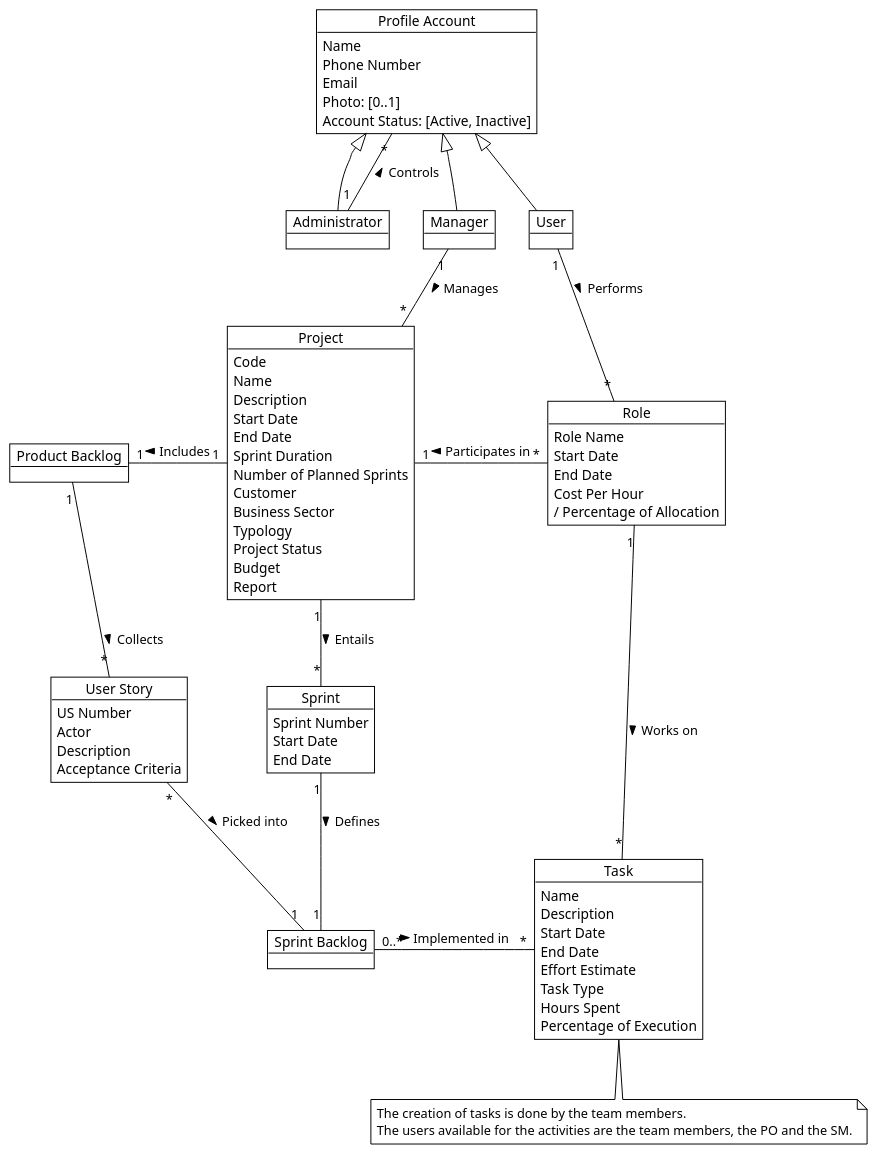
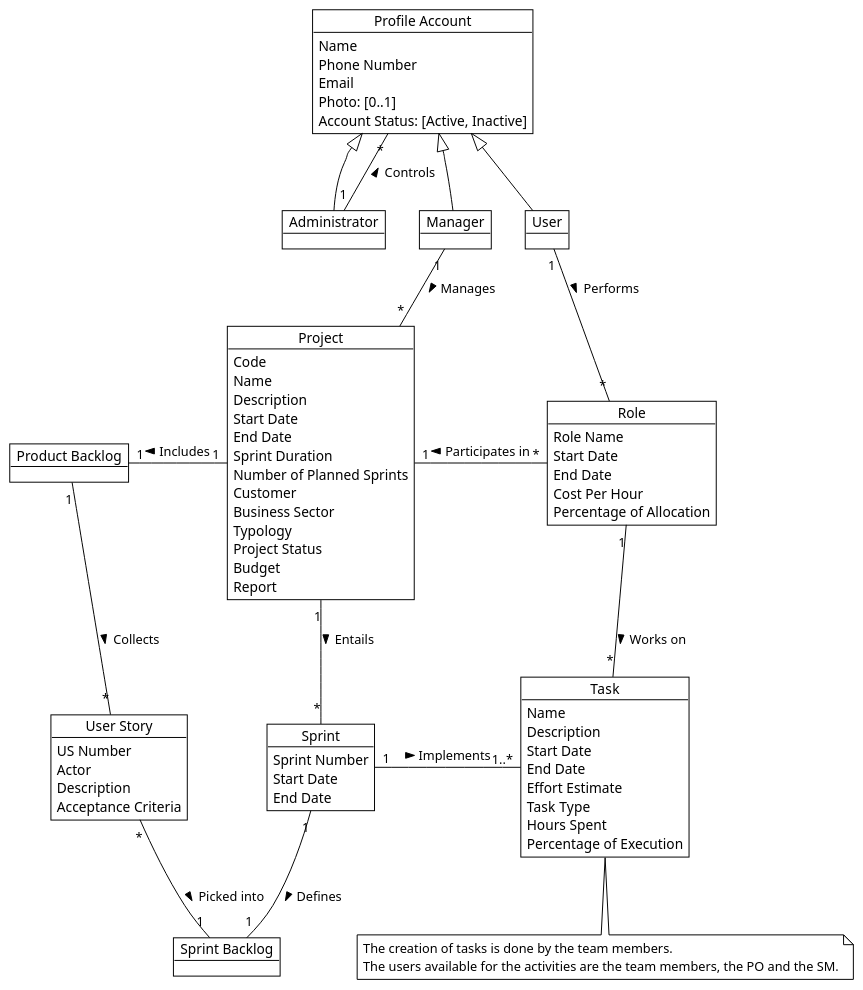
One commit to ivo-menezes/project_g3 changed the diagram in docs/modelling_design/domain_model_diagram/domain_model_diagram.puml. Above: the diagram before and after it, drawn with PlantUML.

Commit message:
Domain Model: Analysis: New Updates

```diff
--- a/docs/modelling_design/domain_model_diagram/domain_model_diagram.puml
+++ b/docs/modelling_design/domain_model_diagram/domain_model_diagram.puml
@@ -1,103 +1,103 @@
 @startuml
 !theme plain
 
 '--- part relevant to sprint 1
 
 Object "Profile Account" as Account {
 Name
 Phone Number
 Email
 Photo: [0..1]
 Account Status: [Active, Inactive]
 }
 
 together {
 Object Administrator
 Object Manager
 Object User
 }
 
 Account <|-- Administrator
 Account <|-- Manager
 Account <|-- User
 
 
 Object Project {
 Code
 Name
 Description
 Start Date
 End Date
 Sprint Duration
 Number of Planned Sprints
 Customer
 Business Sector
 Typology
 Project Status
 Budget
 ' Report could be its own conceptual class but we are not modelling with detail yet
 Report
 }
 
 ' following the Association Class Role pattern (Fig.11) from "Modeling Roles"
 ' Role attributes does not include Project Code because Larman says to avoid attributes that are like "foreign keys" (p.126)
 Object Role {
 Role Name
 Start Date
 End Date
 Cost Per Hour
-/ Percentage of Allocation
+Percentage of Allocation
 }
 
 ' here "Controls" includes "creates,lists,changes profile, activates, inactivates"
 ' following Larman p.113 to be parsimonious about associations
 Administrator "1" -up- "*" Account : Controls >
 Manager "1" -down- "*" Project : Manages >
 User "1" -down- "*" Role: Performs >
 Role "*" -left- "1" Project: Participates in >
 
 
 '--- additional stuff, not much detail for sprint 1
 ' put enduml tag before this comment to shorten diagram
 Object "Product Backlog" as PB
 
 Object "User Story" as US {
 US Number
 Actor
 Description
 Acceptance Criteria
 }
 
 Object Sprint {
 Sprint Number
 Start Date
 End Date
 }
 
 Object "Sprint Backlog" as SB
 
 Object Task {
 Name
 Description
 Start Date
 End Date
 Effort Estimate
 Task Type
 Hours Spent
 Percentage of Execution
 }
 
 Project "1" -down- "*" Sprint: Entails >
 Project "1" -left- "1" PB: Includes >
 PB "1" -down- "*" US: Collects >
 Sprint "1" -down- "1" SB: Defines >
 US "*" -right- "1" SB: Picked into >
 
-SB "0..*" -right- "*" Task: Implemented in >
+Sprint "1" -right- "  1..*" Task: Implements >
 Role "1" -down- "*" Task: Works on >
 'note on link: The creation of tasks is done by the team members.\nThe users available for the activities are the team members, the PO and the SM.
 
 note "The creation of tasks is done by the team members.\nThe users available for the activities are the team members, the PO and the SM." as N1
 Task .down. N1
 
 @enduml
```
